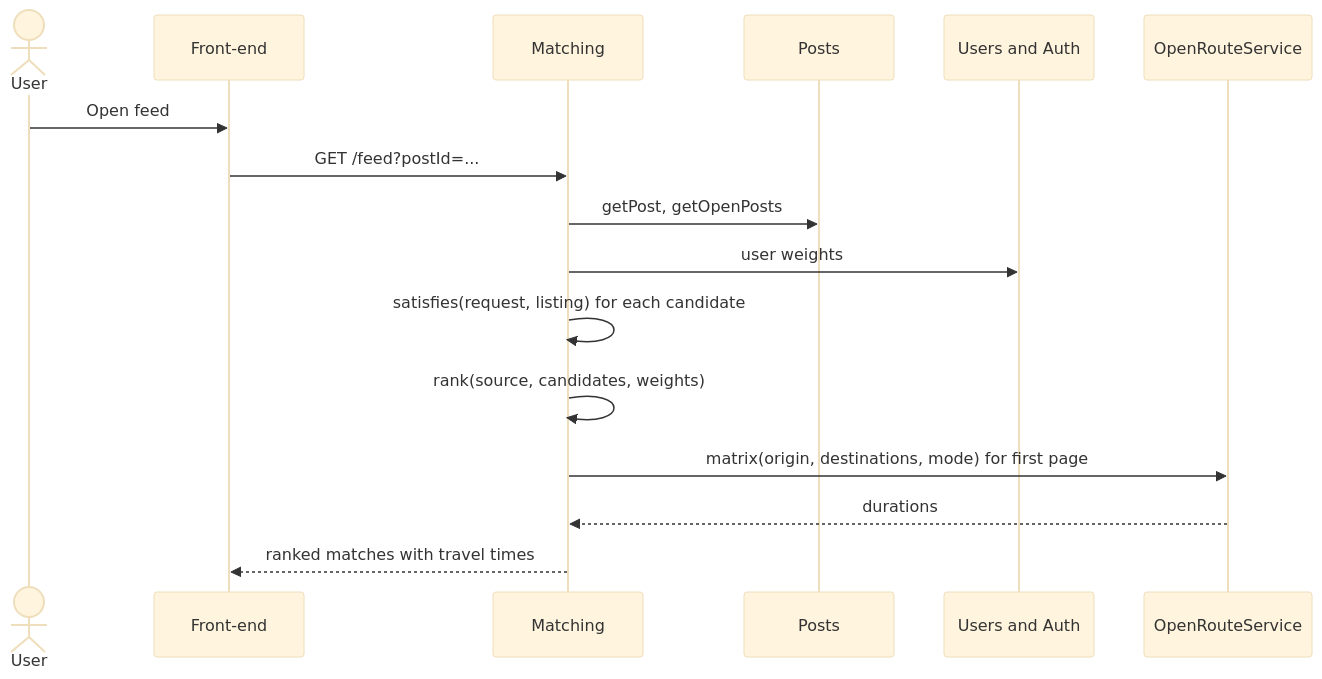
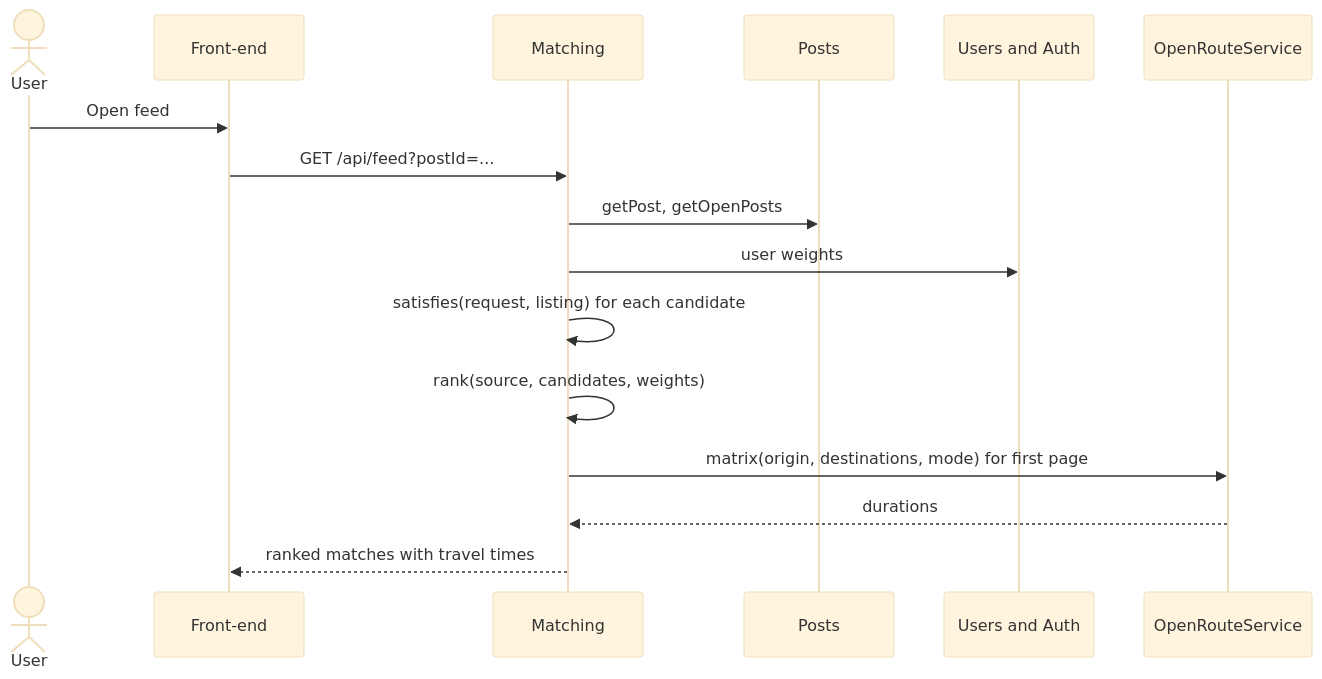
One commit to m1lun/m1skeletonProject changed the fifth of 7 diagrams in documentation/Requirements_and_Design.md. Above: the diagram before and after it, drawn with Mermaid (base theme). The commit also changed other lines of this file, not shown here.

````diff
--- a/documentation/Requirements_and_Design.md
+++ b/documentation/Requirements_and_Design.md
@@ -500,18 +509,18 @@
 ```mermaid
 sequenceDiagram
     actor U as User
     participant FE as Front-end
     participant M as Matching
     participant P as Posts
     participant UA as Users and Auth
     participant ORS as OpenRouteService
     U->>FE: Open feed
-    FE->>M: GET /feed?postId=...
+    FE->>M: GET /api/feed?postId=...
     M->>P: getPost, getOpenPosts
     M->>UA: user weights
     M->>M: satisfies(request, listing) for each candidate
     M->>M: rank(source, candidates, weights)
     M->>ORS: matrix(origin, destinations, mode) for first page
     ORS-->>M: durations
     M-->>FE: ranked matches with travel times
 ```
````
